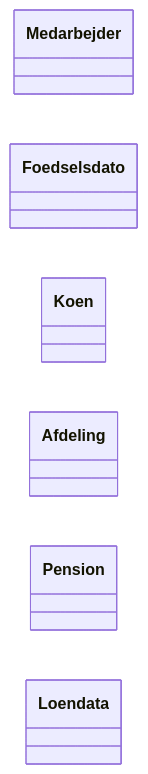
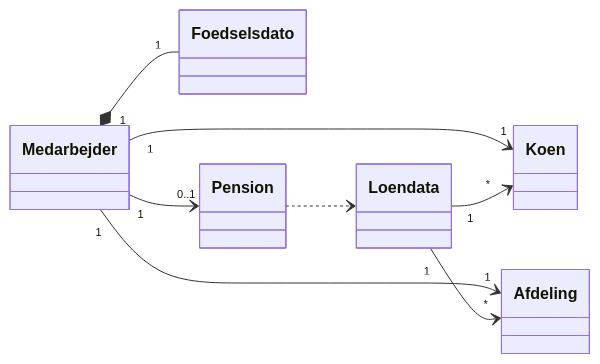
Before and after one commit to kaanxsrd/layered-service-console: the first of 3 diagrams in diagram.md, drawn with Mermaid.

````diff
--- a/diagram.md
+++ b/diagram.md
@@ -13,17 +13,25 @@
 ```mermaid
 classDiagram
     direction LR
 
     class Medarbejder {}
 
     class Foedselsdato {}
 
     class Koen {}
 
     class Afdeling {}
 
     class Pension { }
 
     class Loendata {}
 
+    Medarbejder "1" *-- "1" Foedselsdato
+    Medarbejder "1" --> "1" Koen
+    Medarbejder "1" --> "1" Afdeling
+    Medarbejder "1" --> "0..1" Pension
+    Loendata "1" --> "*" Afdeling
+    Loendata "1" --> "*" Koen 
+    Pension ..> Loendata 
+
 ```
````
